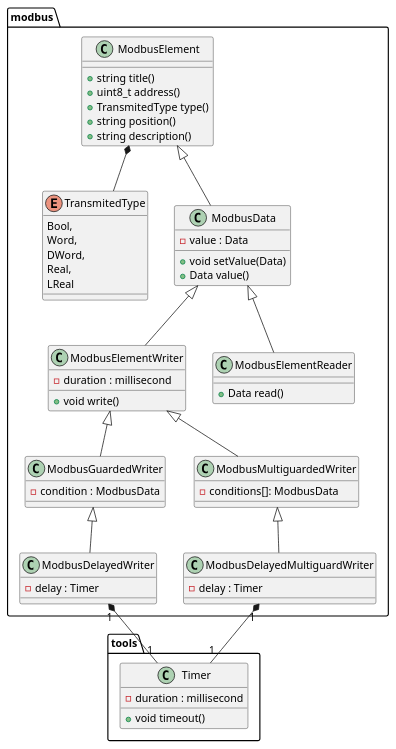
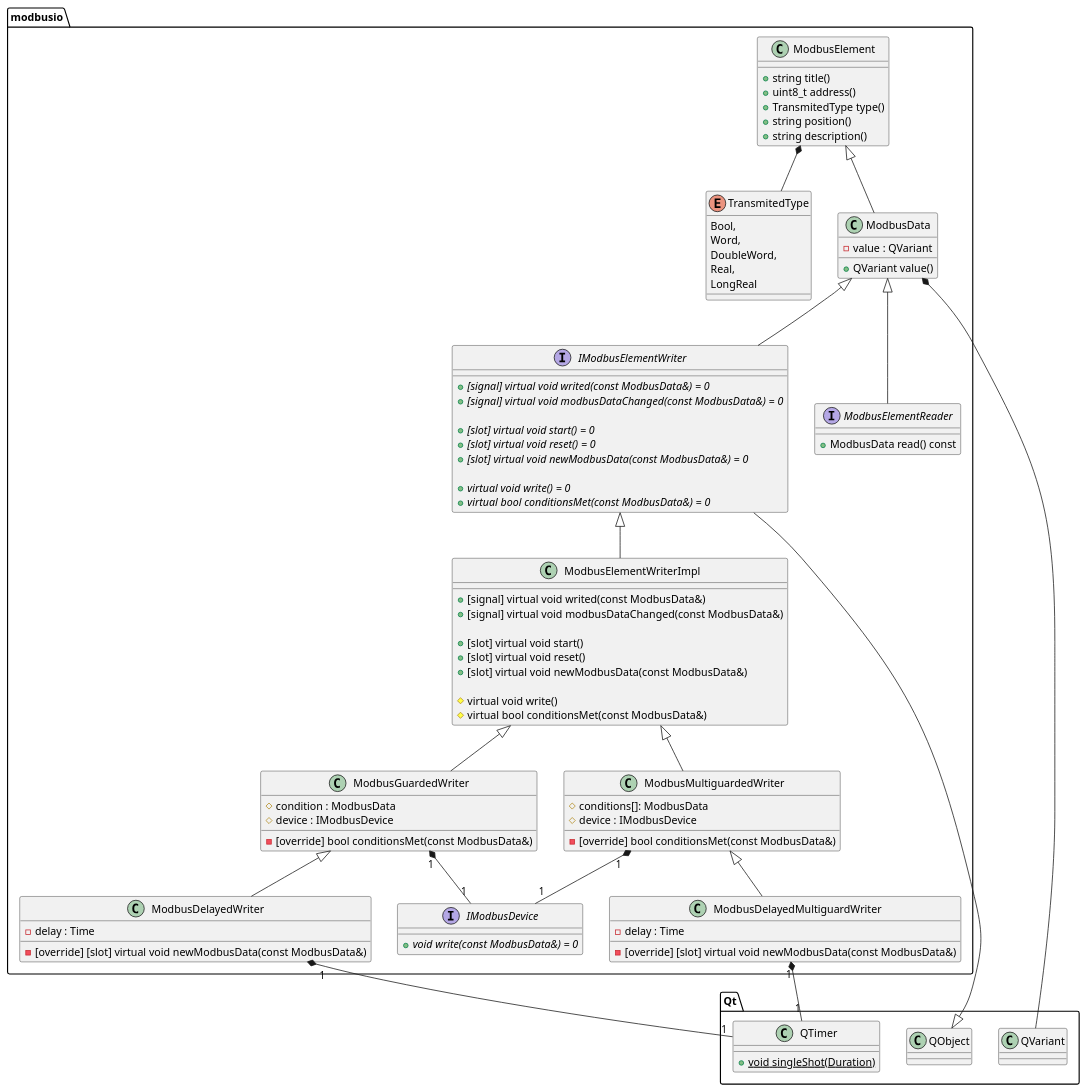
One commit to UlrichVonRekkenin/PhdLaTeX changed the diagram in Dissertation/listings/uml/modbus_class_relationship.puml. Above: the diagram before and after it, drawn with PlantUML.

Commit message:
Адоптировал UML диаграмму
Тперь она соответствует действительности.

```diff
--- a/Dissertation/listings/uml/modbus_class_relationship.puml
+++ b/Dissertation/listings/uml/modbus_class_relationship.puml
@@ -1,75 +1,112 @@
 @startuml
 
-namespace tools {
-    class Timer {
-        - duration : millisecond
-        +void timeout()
+namespace Qt {
+    class QTimer {
+        +{static} void singleShot(Duration)
     }
+
+    class QObject
+    class QVariant
 }
 
-
-
-namespace modbus {
+namespace modbusio {
     enum TransmitedType {
         Bool,
         Word,
-        DWord,
+        DoubleWord,
         Real,
-        LReal
+        LongReal
+    }
+
+    interface IModbusDevice {
+        + {abstract} void write(const ModbusData&) = 0
     }
 
     class ModbusElement {
         + string title()
         + uint8_t address()
         + TransmitedType type()
         + string position()
         + string description()
     }
 
     class ModbusData {
-        - value : Data
-        + void setValue(Data)
-        + Data value()
+        - value : QVariant
+        ' + void setValue(Data)
+        + QVariant value()
     }
 
-    class ModbusElementWriter {
-        - duration : millisecond
-        + void write()
+    interface IModbusElementWriter {
+        + {abstract} [signal] virtual void writed(const ModbusData&) = 0
+        + {abstract} [signal] virtual void modbusDataChanged(const ModbusData&) = 0
+
+        + {abstract} [slot] virtual void start() = 0
+        + {abstract} [slot] virtual void reset() = 0
+        + {abstract} [slot] virtual void newModbusData(const ModbusData&) = 0
+
+        + {abstract} virtual void write() = 0        
+        + {abstract} virtual bool conditionsMet(const ModbusData&) = 0
     }
 
-    class ModbusElementReader {
-        + Data read()
+    class ModbusElementWriterImpl {
+        + [signal] virtual void writed(const ModbusData&)
+        + [signal] virtual void modbusDataChanged(const ModbusData&)
+
+        + [slot] virtual void start()
+        + [slot] virtual void reset()
+        + [slot] virtual void newModbusData(const ModbusData&)
+
+        # virtual void write()
+        # virtual bool conditionsMet(const ModbusData&)
+    }
+
+    interface ModbusElementReader {
+        + ModbusData read() const
     }
 
     class ModbusGuardedWriter {
-        - condition : ModbusData
+        - [override] bool conditionsMet(const ModbusData&)
+        # condition : ModbusData
+        # device : IModbusDevice
+    }
+
+    class ModbusDelayedWriter {
+        - [override] [slot] virtual void newModbusData(const ModbusData&)
+        - delay : Time
     }
 
     class ModbusMultiguardedWriter {
-        - conditions[]: ModbusData
-    }
-
-    class ModbusDelayedWriter {
-        - delay : Timer
+        - [override] bool conditionsMet(const ModbusData&)
+        # conditions[]: ModbusData
+        # device : IModbusDevice
     }
 
     class ModbusDelayedMultiguardWriter {
-        - delay : Timer
+        - [override] [slot] virtual void newModbusData(const ModbusData&)
+        - delay : Time
     }
 
     ModbusElement *-- TransmitedType
     ModbusElement <|-- ModbusData
-    ' 
-    ModbusData <|-- ModbusElementWriter 
+    ModbusData *-- Qt.QVariant
+    
+    ModbusData <|-- IModbusElementWriter 
+    Qt.QObject <|-- IModbusElementWriter
     ModbusData <|-- ModbusElementReader 
-    ' 
-    ModbusElementWriter <|-- ModbusGuardedWriter
+
+    IModbusElementWriter <|-- ModbusElementWriterImpl
+
+    ModbusElementWriterImpl <|-- ModbusGuardedWriter
+    ModbusGuardedWriter "1" *-- "1" IModbusDevice
+    
     ModbusGuardedWriter <|-- ModbusDelayedWriter
-    ModbusDelayedWriter "1" *-- "1" tools.Timer
-    ' 
-    ModbusElementWriter <|-- ModbusMultiguardedWriter 
+    ModbusDelayedWriter "1" *-- "1" Qt.QTimer
+    
+    ModbusElementWriterImpl <|-- ModbusMultiguardedWriter 
+    ModbusMultiguardedWriter "1" *-- "1" IModbusDevice
+
     ModbusMultiguardedWriter <|-- ModbusDelayedMultiguardWriter
-    ModbusDelayedMultiguardWriter "1" *-- "1" tools.Timer
+    ModbusDelayedMultiguardWriter "1" *-- "1" Qt.QTimer
 }
 
 @enduml
```
